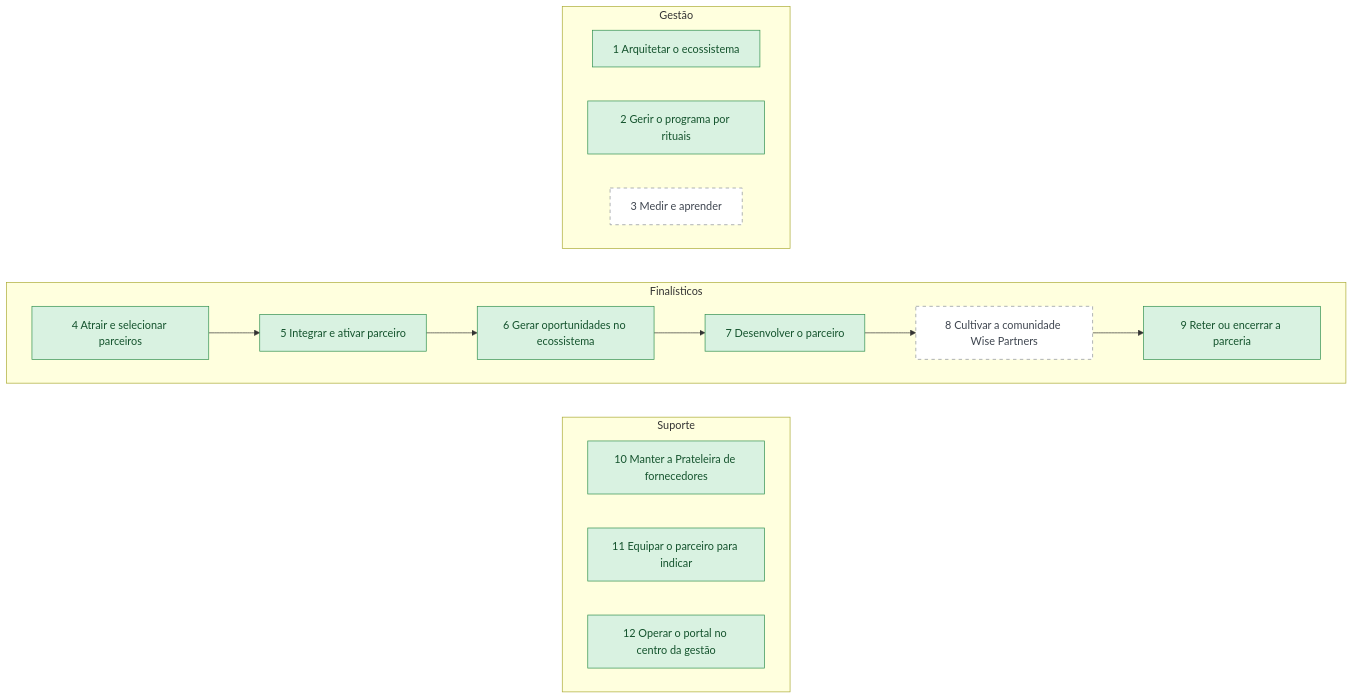
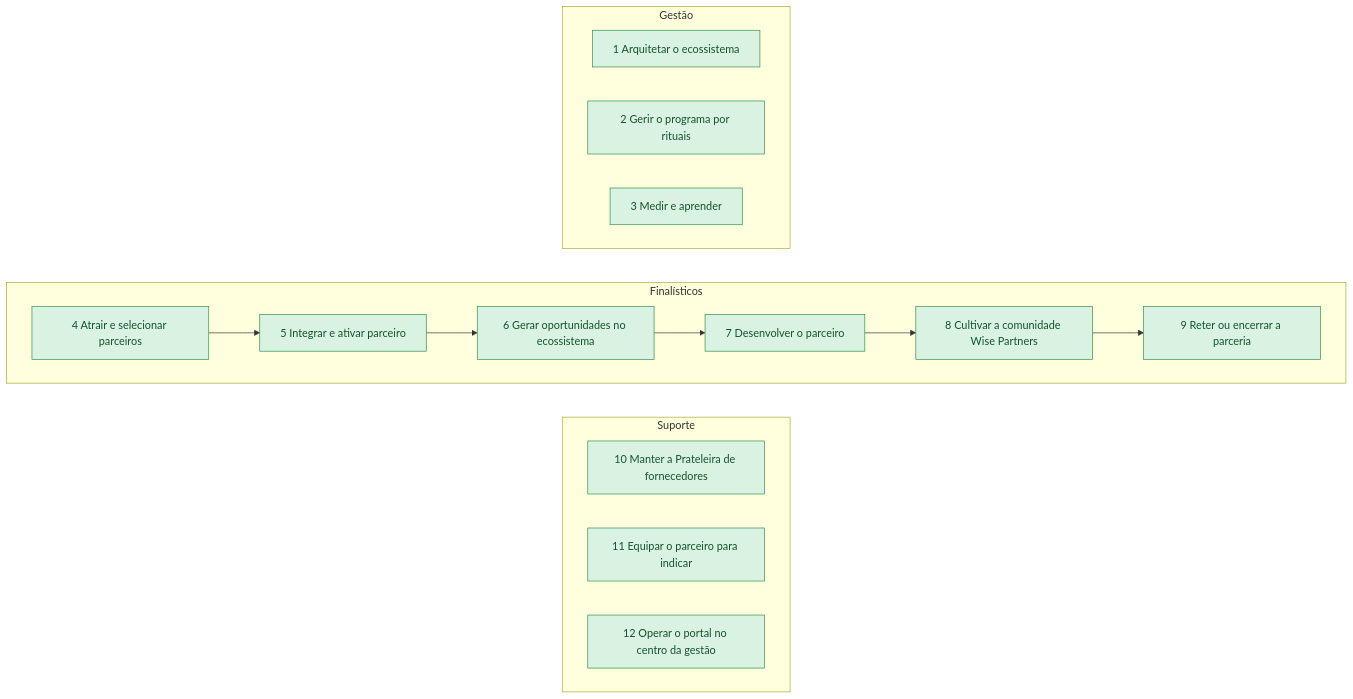
One commit to Guilherme-MFaccin/Wise-Partners changed the diagram in mapeamentos/wise-partners-to-be/saidas/mermaid/cadeia-de-valor.mmd. Above: the diagram before and after it, drawn with Mermaid. The commit also changed 66 other files, not shown here.

```diff
--- a/mapeamentos/wise-partners-to-be/saidas/mermaid/cadeia-de-valor.mmd
+++ b/mapeamentos/wise-partners-to-be/saidas/mermaid/cadeia-de-valor.mmd
@@ -1,33 +1,33 @@
 flowchart TB
     classDef confirmado fill:#D9F2E1,stroke:#2F8F4E,color:#14532D
     classDef declarado fill:#FFF3C4,stroke:#B8860B,color:#5C4300
     classDef hipotese fill:#FFFFFF,stroke:#8A9099,color:#3F4650,stroke-dasharray: 5 5
     classDef contestado fill:#FDE2E1,stroke:#C53030,color:#7F1D1D
     subgraph cat_gestao ["Gestão"]
     direction LR
       P_01["1 Arquitetar o ecossistema"]:::confirmado
       P_08["2 Gerir o programa por rituais"]:::confirmado
-      P_15["3 Medir e aprender"]:::hipotese
+      P_14["3 Medir e aprender"]:::confirmado
     end
     subgraph cat_finalistico ["Finalísticos"]
     direction LR
-      P_21["4 Atrair e selecionar parceiros"]:::confirmado
-      P_27["5 Integrar e ativar parceiro"]:::confirmado
-      P_32["6 Gerar oportunidades no ecossistema"]:::confirmado
-      P_41["7 Desenvolver o parceiro"]:::confirmado
-      P_47["8 Cultivar a comunidade Wise Partners"]:::hipotese
-      P_52["9 Reter ou encerrar a parceria"]:::confirmado
-      P_21 --> P_27
-      P_27 --> P_32
-      P_32 --> P_41
-      P_41 --> P_47
-      P_47 --> P_52
+      P_20["4 Atrair e selecionar parceiros"]:::confirmado
+      P_26["5 Integrar e ativar parceiro"]:::confirmado
+      P_31["6 Gerar oportunidades no ecossistema"]:::confirmado
+      P_40["7 Desenvolver o parceiro"]:::confirmado
+      P_47["8 Cultivar a comunidade Wise Partners"]:::confirmado
+      P_54["9 Reter ou encerrar a parceria"]:::confirmado
+      P_20 --> P_26
+      P_26 --> P_31
+      P_31 --> P_40
+      P_40 --> P_47
+      P_47 --> P_54
     end
     subgraph cat_suporte ["Suporte"]
     direction LR
-      P_56["10 Manter a Prateleira de fornecedores"]:::confirmado
-      P_57["11 Equipar o parceiro para indicar"]:::confirmado
-      P_58["12 Operar o portal no centro da gestão"]:::confirmado
+      P_58["10 Manter a Prateleira de fornecedores"]:::confirmado
+      P_59["11 Equipar o parceiro para indicar"]:::confirmado
+      P_60["12 Operar o portal no centro da gestão"]:::confirmado
     end
     cat_gestao ~~~ cat_finalistico
     cat_finalistico ~~~ cat_suporte
```
